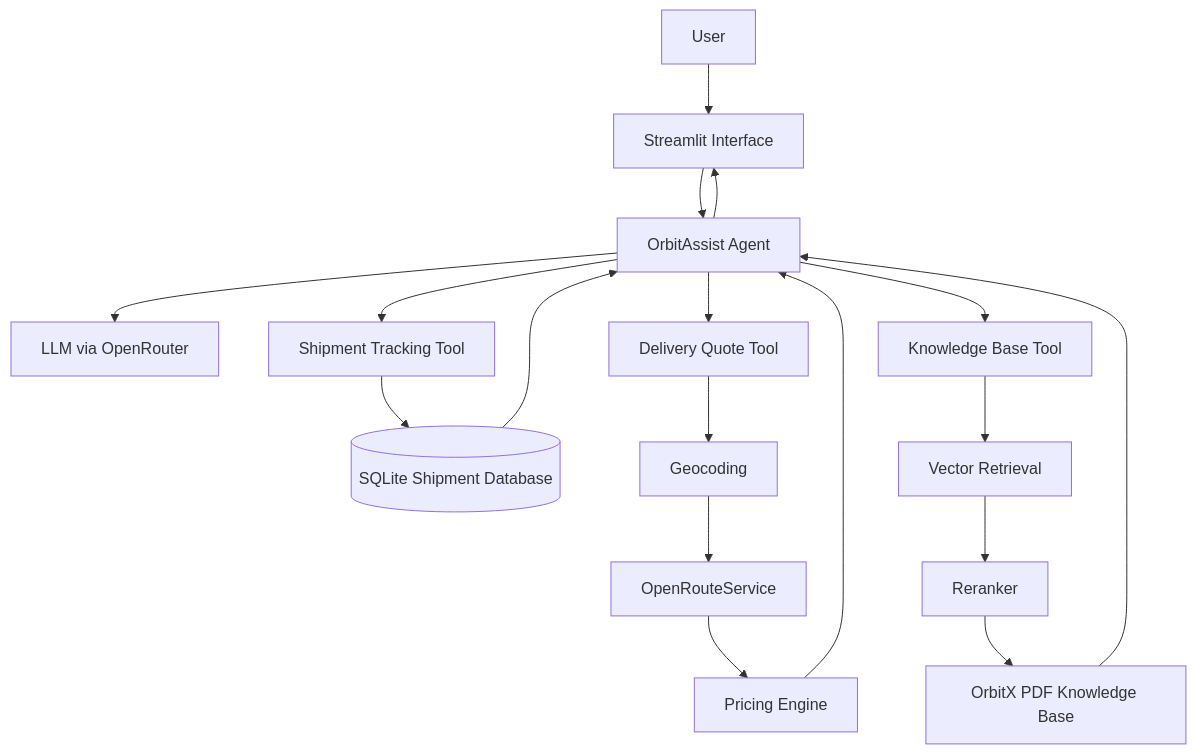
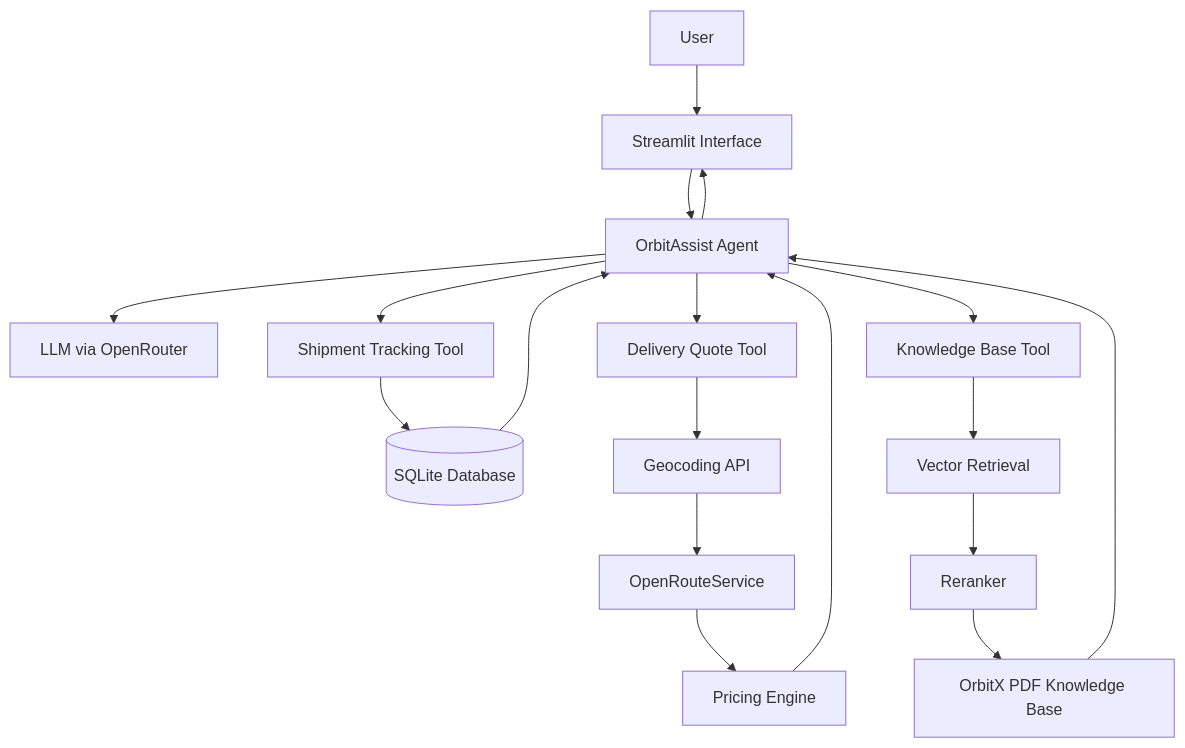
The diagram in README.md (sama-elmoataz/orbitx-logistics-ai-assistant), drawn with Mermaid before and after one commit. The commit also changed other lines of this file, not shown here.

````diff
--- a/README.md
+++ b/README.md
@@ -91,29 +179,29 @@
 ```mermaid
 flowchart TD
 
     U[User] --> UI[Streamlit Interface]
 
-    UI --> A[OrbitAssist Agent]
+    UI --> AGENT[OrbitAssist Agent]
 
-    A --> LLM[LLM via OpenRouter]
+    AGENT --> LLM[LLM via OpenRouter]
 
-    A --> T1[Shipment Tracking Tool]
-    A --> T2[Delivery Quote Tool]
-    A --> T3[Knowledge Base Tool]
+    AGENT --> TRACK[Shipment Tracking Tool]
+    AGENT --> QUOTE[Delivery Quote Tool]
+    AGENT --> POLICY[Knowledge Base Tool]
 
-    T1 --> DB[(SQLite Shipment Database)]
+    TRACK --> DB[(SQLite Database)]
 
-    T2 --> GEO[Geocoding]
-    GEO --> ORS[OpenRouteService]
-    ORS --> PRICE[Pricing Engine]
+    QUOTE --> GEO[Geocoding API]
+    GEO --> ROUTE[OpenRouteService]
+    ROUTE --> PRICE[Pricing Engine]
 
-    T3 --> R[Vector Retrieval]
-    R --> RR[Reranker]
-    RR --> KB[OrbitX PDF Knowledge Base]
+    POLICY --> RETRIEVE[Vector Retrieval]
+    RETRIEVE --> RERANK[Reranker]
+    RERANK --> KB[OrbitX PDF Knowledge Base]
 
-    DB --> A
-    PRICE --> A
-    KB --> A
+    DB --> AGENT
+    PRICE --> AGENT
+    KB --> AGENT
 
-    A --> UI
+    AGENT --> UI
 ```
````
